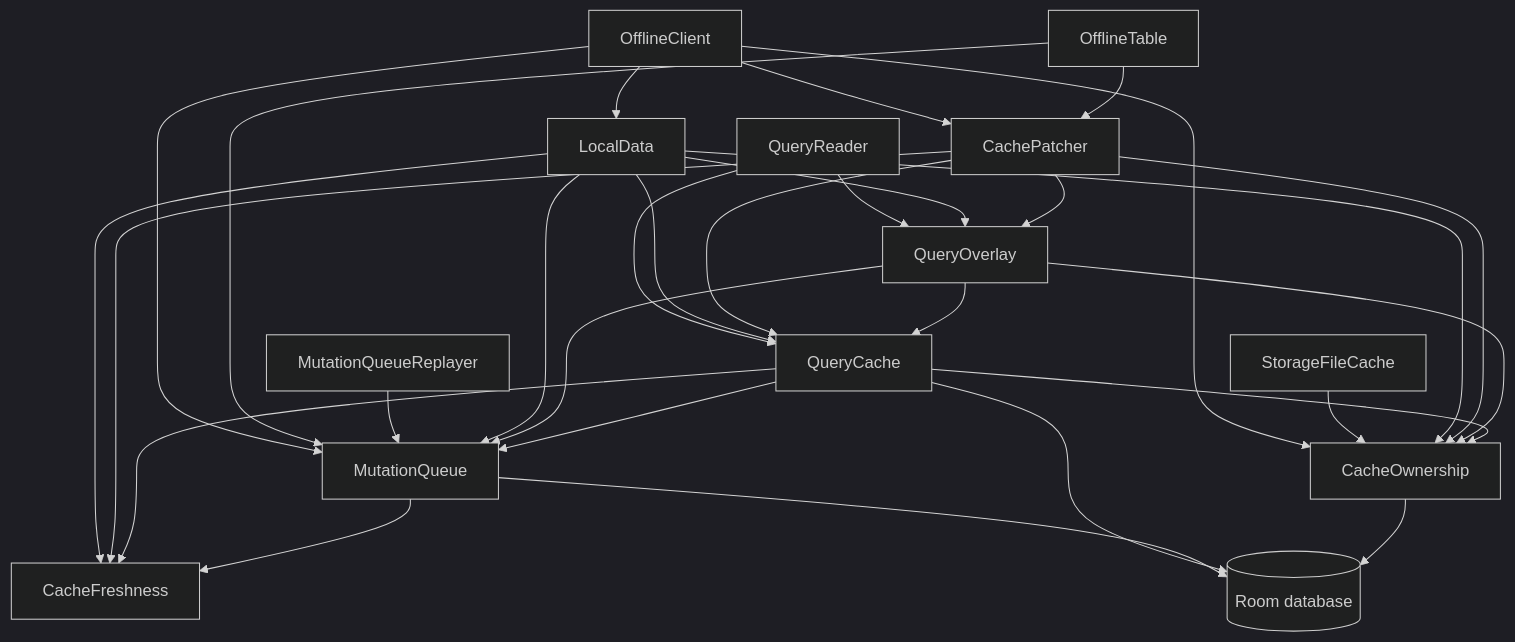
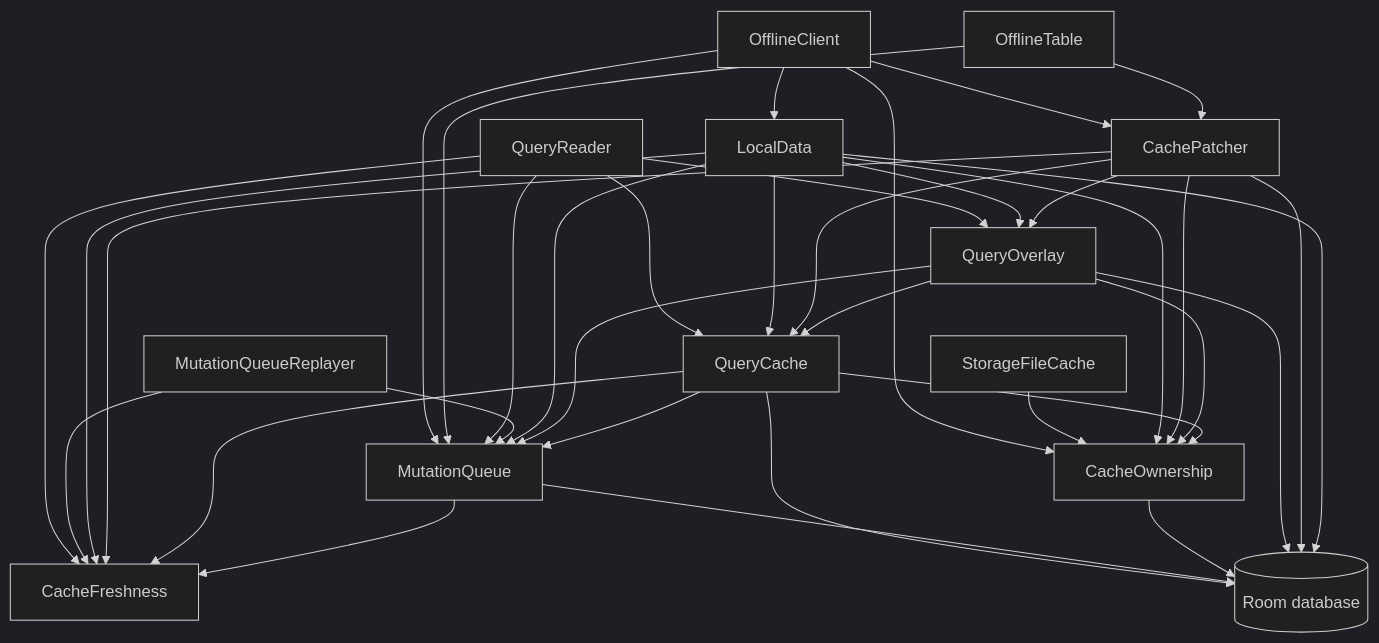
Before and after one commit to nesfeder/supabase-offline-kt: the second of 4 diagrams in docs/project/architecture.md, drawn with Mermaid (dark theme). The commit also changed other lines of this file and 3 other files, not shown here.

First line of the commit message:
docs: the architecture page made true of the merged code, and the KDoc left for after it (#100)

````diff
--- a/docs/project/architecture.md
+++ b/docs/project/architecture.md
@@ -557,32 +585,38 @@
 ```mermaid
 flowchart TB
     OC["OfflineClient"] --> LD["LocalData"]
     OC --> CP["CachePatcher"]
     OC --> MQ["MutationQueue"]
     OC --> CO["CacheOwnership"]
     T["OfflineTable"] --> MQ
     T --> CP
     QR["QueryReader"] --> QO["QueryOverlay"]
     QR --> QC["QueryCache"]
+    QR --> MQ
+    QR --> CF["CacheFreshness"]
     R["MutationQueueReplayer"] --> MQ
+    R --> CF
     FC["StorageFileCache"] --> CO
     LD --> QO
     LD --> QC
     LD --> MQ
     LD --> CO
     LD --> CF["CacheFreshness"]
     CP --> QO
     CP --> QC
     CP --> CO
     CP --> CF
     QO --> QC
     QO --> MQ
     QO --> CO
     QC --> MQ
     QC --> CO
     QC --> CF
     MQ --> CF
     QC --> DB[("Room database")]
     MQ --> DB
     CO --> DB
+    QO --> DB
+    CP --> DB
+    LD --> DB
 ```
````
